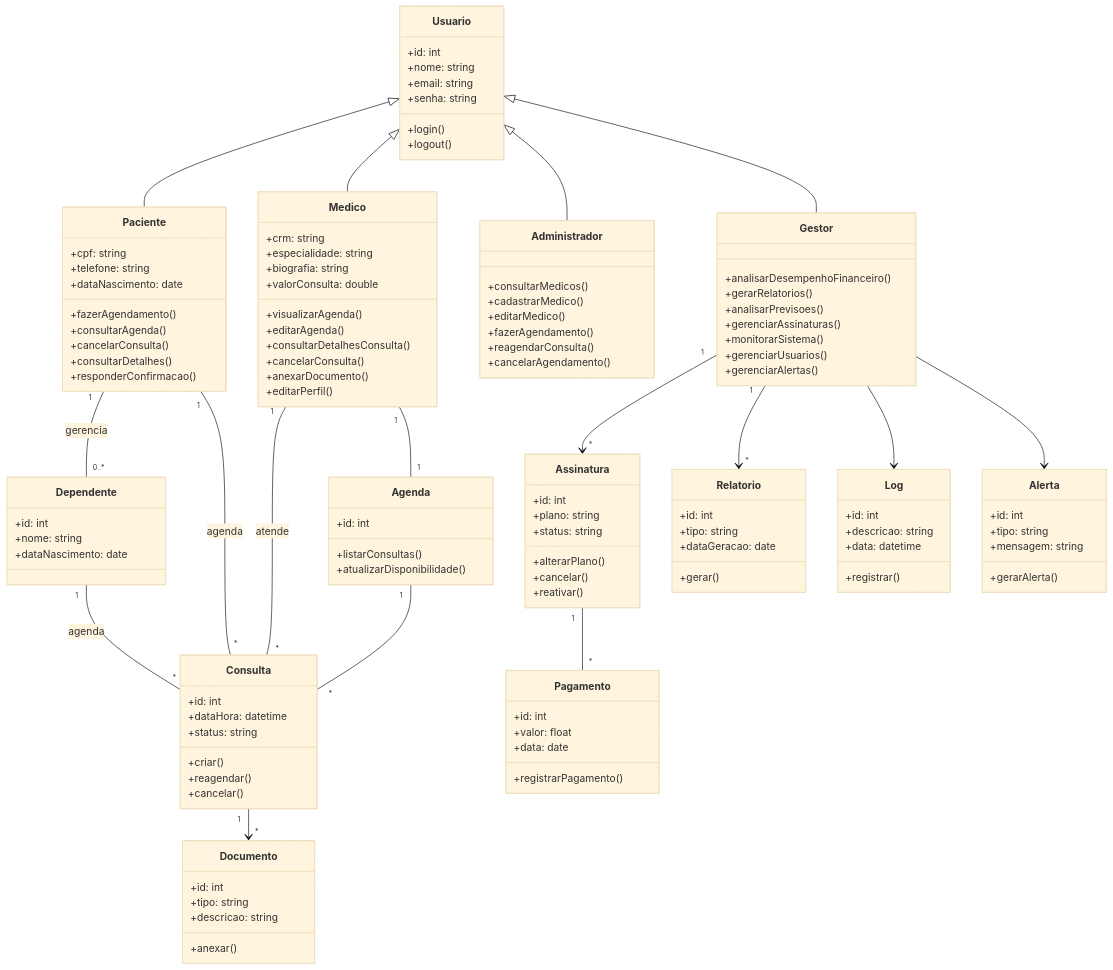
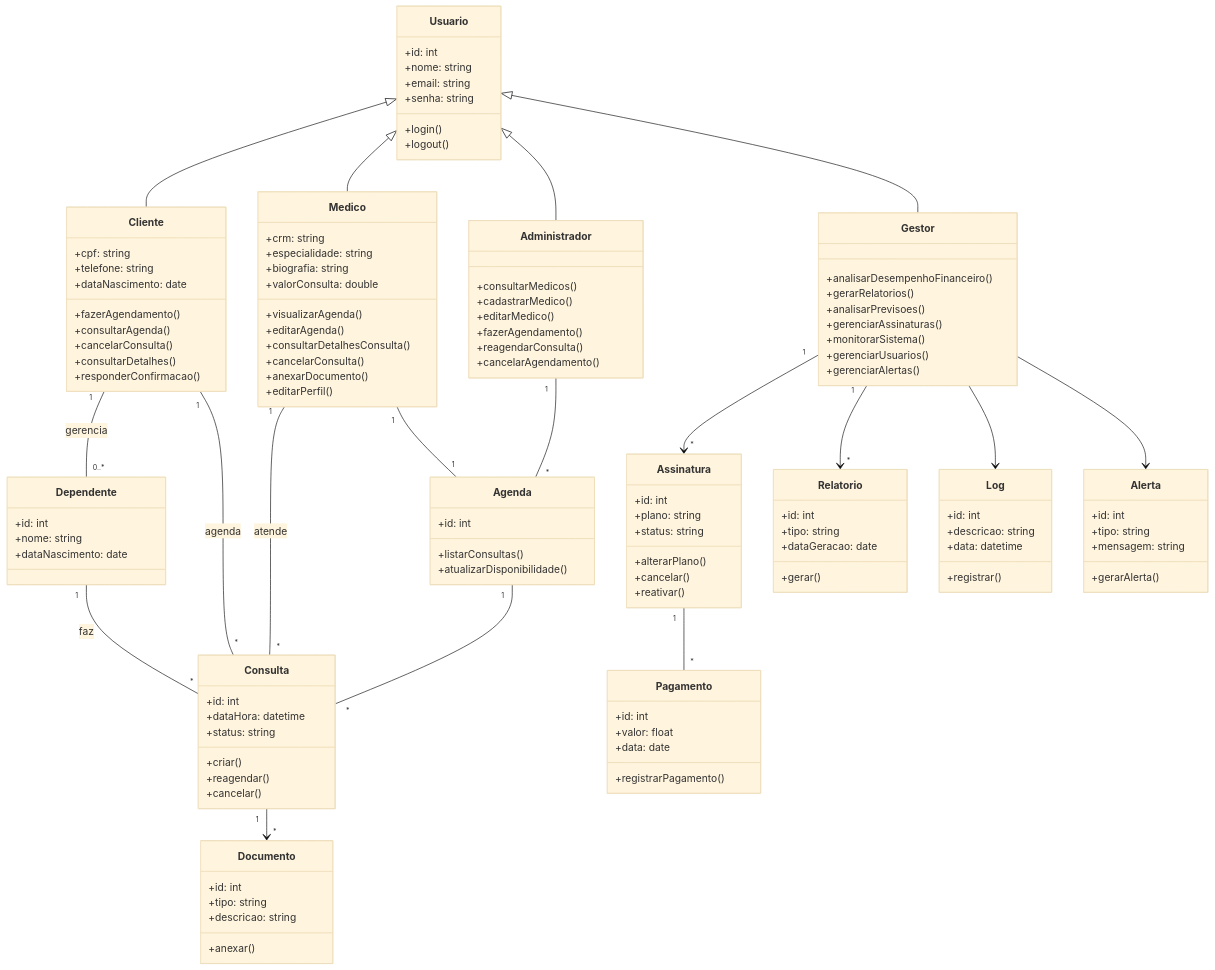
One commit to InsaneCaio/eng-soft-2026-1 changed the diagram in docs/diagrama de classe.md. Above: the diagram before and after it, drawn with Mermaid (base theme).

Commit message:
Replace 'Paciente' with 'Cliente' in class diagram

```diff
--- a/docs/diagrama de classe.md
+++ b/docs/diagrama de classe.md
@@ -16,7 +16,7 @@
     +logout()
 }
 
-class Paciente {
+class Cliente {
     +cpf: string
     +telefone: string
     +dataNascimento: date
@@ -65,7 +65,7 @@
     +gerenciarAlertas()
 }
 
-Usuario <|-- Paciente
+Usuario <|-- Cliente
 Usuario <|-- Medico
 Usuario <|-- Administrador
 Usuario <|-- Gestor
@@ -74,7 +74,7 @@
 %% RELAÇÃO PACIENTE - DEPENDENTE
 %% =======================
 
-Paciente "1" -- "0..*" Dependente : gerencia
+Cliente "1" -- "0..*" Dependente : gerencia
 
 %% =======================
 %% AGENDAMENTO
@@ -95,11 +95,12 @@
     +atualizarDisponibilidade()
 }
 
-Paciente "1" -- "*" Consulta : agenda
-Dependente "1" -- "*" Consulta : agenda
+Cliente "1" -- "*" Consulta : agenda
+Dependente "1" -- "*" Consulta : faz
 Medico "1" -- "*" Consulta : atende
 
 Medico "1" -- "1" Agenda
+Administrador "1" -- "*" Agenda
 Agenda "1" -- "*" Consulta
 
 %% =======================
```
